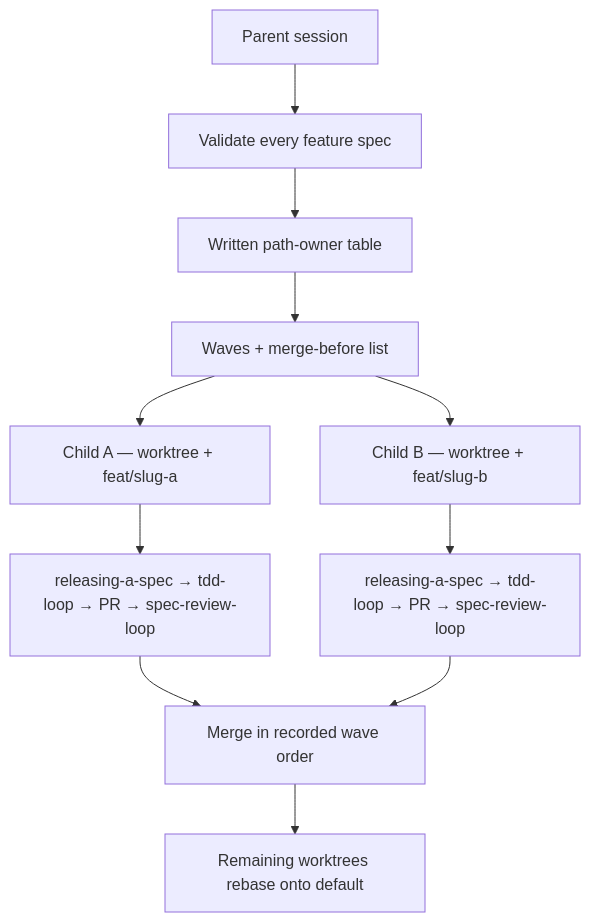
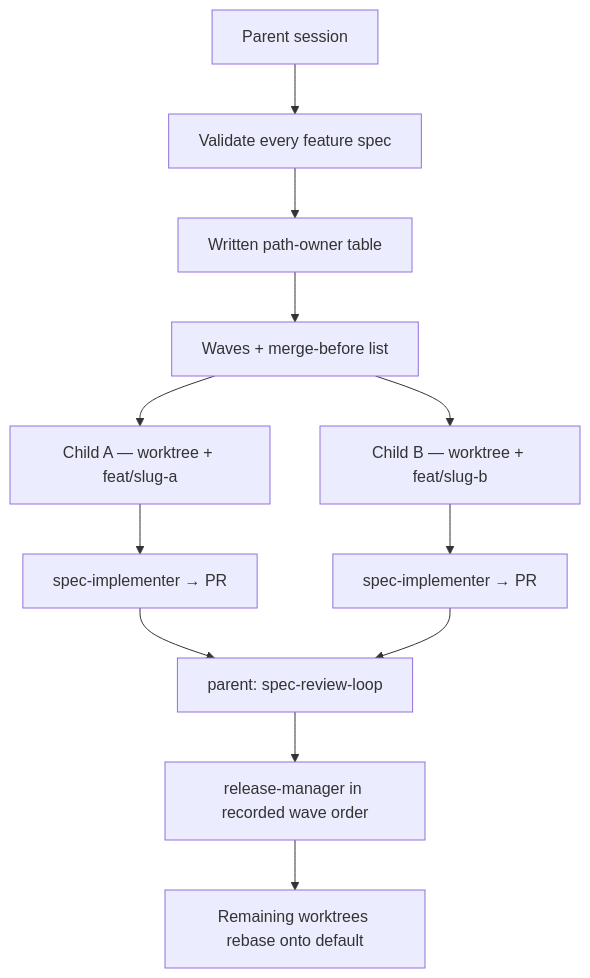
The fourth of 4 diagrams in README.md (lonnylot/spec-loop), drawn with Mermaid before and after one commit. The commit also changed other lines of this file and 13 other files, not shown here.

First line of the commit message:
docs: orchestrator dispatches implementer, reviewer, release-manager

````diff
--- a/README.md
+++ b/README.md
@@ -126,13 +128,14 @@
 ```mermaid
 flowchart TB
   PARENT["Parent session"] --> SPECS["Validate every feature spec"]
   SPECS --> OWNERS["Written path-owner table"]
   OWNERS --> WAVE["Waves + merge-before list"]
   WAVE --> C1["Child A — worktree + feat/slug-a"]
   WAVE --> C2["Child B — worktree + feat/slug-b"]
-  C1 --> A1["releasing-a-spec → tdd-loop → PR → spec-review-loop"]
-  C2 --> A2["releasing-a-spec → tdd-loop → PR → spec-review-loop"]
-  A1 --> MERGEA["Merge in recorded wave order"]
-  A2 --> MERGEA
+  C1 --> A1["spec-implementer → PR"]
+  C2 --> A2["spec-implementer → PR"]
+  A1 --> REV["parent: spec-review-loop"]
+  A2 --> REV
+  REV --> MERGEA["release-manager in recorded wave order"]
   MERGEA --> REBASE["Remaining worktrees rebase onto default"]
 ```
````
